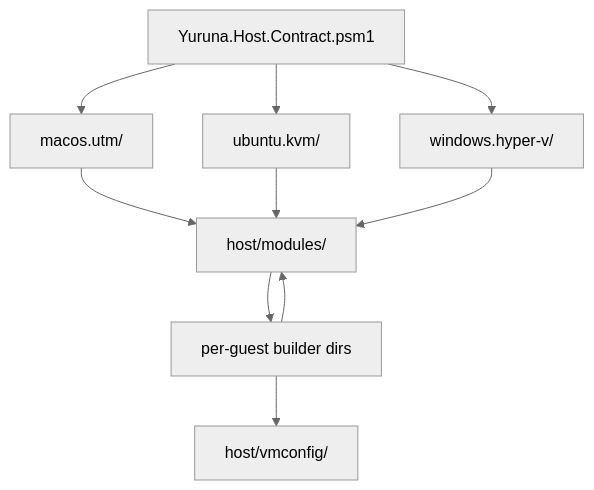
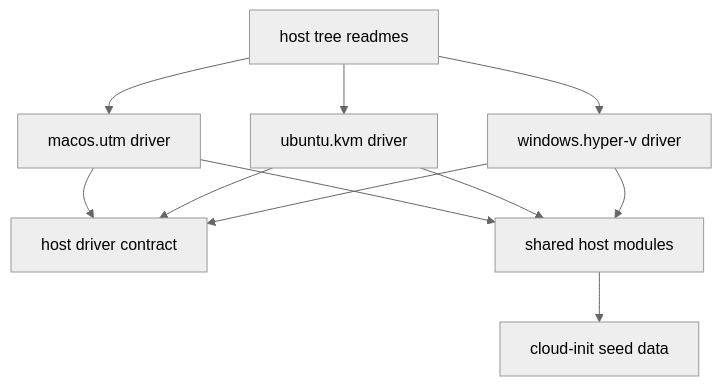
The fourth of 7 diagrams in docs/design/02-component-breakdown.md (alissonsol/yuruna), drawn with Mermaid (neutral theme) before and after one commit. The commit also changed other lines of this file and 752 other files, not shown here.

````diff
--- a/docs/design/02-component-breakdown.md
+++ b/docs/design/02-component-breakdown.md
@@ -383,20 +340,21 @@
 ```mermaid
 flowchart TD
-    host-contract["Yuruna.Host.Contract.psm1"]
-    macos-utm["macos.utm/"]
-    host-modules["host/modules/"]
-    ubuntu-kvm["ubuntu.kvm/"]
-    vmconfig["host/vmconfig/"]
-    windows-hyper-v["windows.hyper-v/"]
-    guest-builders["per-guest builder dirs"]
+    host-contract["host driver contract"]
+    macos-utm["macos.utm driver"]
+    ubuntu-kvm["ubuntu.kvm driver"]
+    windows-hyper-v["windows.hyper-v driver"]
+    host-modules["shared host modules"]
+    host-vmconfig["cloud-init seed data"]
+    host-docs["host tree readmes"]
 
-    host-contract --> macos-utm
-    host-contract --> ubuntu-kvm
-    host-contract --> windows-hyper-v
+    macos-utm --> host-contract
+    ubuntu-kvm --> host-contract
+    windows-hyper-v --> host-contract
     macos-utm --> host-modules
     ubuntu-kvm --> host-modules
     windows-hyper-v --> host-modules
-    host-modules --> guest-builders
-    guest-builders --> host-modules
-    guest-builders --> vmconfig
+    host-modules --> host-vmconfig
+    host-docs --> macos-utm
+    host-docs --> ubuntu-kvm
+    host-docs --> windows-hyper-v
 ```
````
